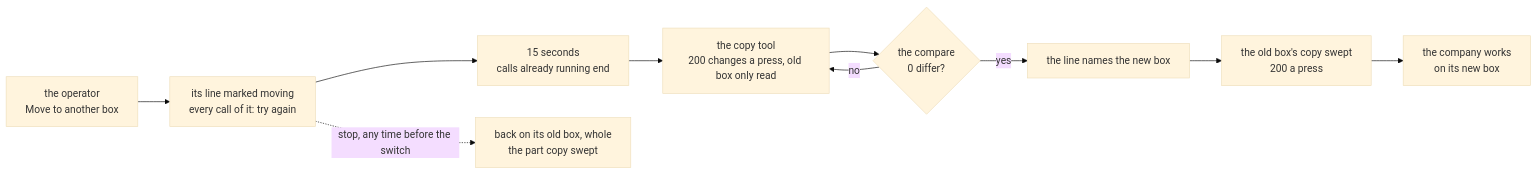
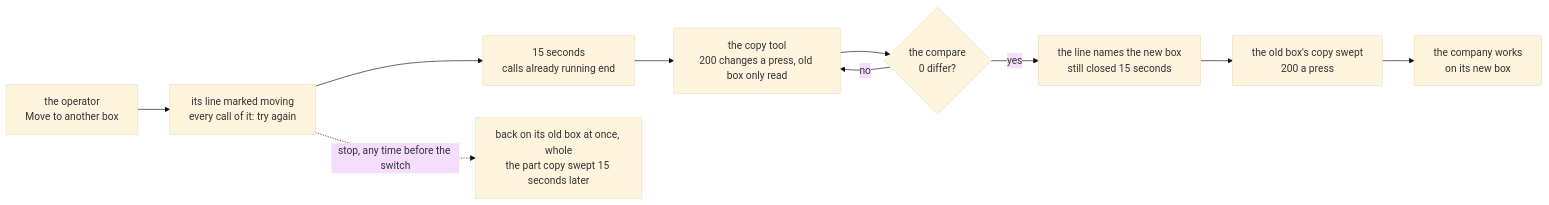
Before and after one commit to ancJ29/credo: the diagram in docs/plans/2026-11-16-shape-move.md, drawn with Mermaid (base theme). The commit also changed other lines of this file, not shown here.

Commit message:
docs(shape-move): the plan's review fixed, the sweep after its wait

````diff
--- a/docs/plans/2026-11-16-shape-move.md
+++ b/docs/plans/2026-11-16-shape-move.md
@@ -5,12 +5,12 @@
 ```mermaid
 flowchart LR
   op["the operator<br/>Move to another box"] --> mark["its line marked moving<br/>every call of it: try again"]
   mark --> wait["15 seconds<br/>calls already running end"]
   wait --> copy["the copy tool<br/>200 changes a press, old box only read"]
   copy --> cmp{"the compare<br/>0 differ?"}
   cmp -- "no" --> copy
-  cmp -- "yes" --> sw["the line names the new box"]
+  cmp -- "yes" --> sw["the line names the new box<br/>still closed 15 seconds"]
   sw --> sweep["the old box's copy swept<br/>200 a press"]
   sweep --> done["the company works<br/>on its new box"]
-  mark -. "stop, any time before the switch" .-> back["back on its old box, whole<br/>the part copy swept"]
+  mark -. "stop, any time before the switch" .-> back["back on its old box at once, whole<br/>the part copy swept 15 seconds later"]
 ```
````
